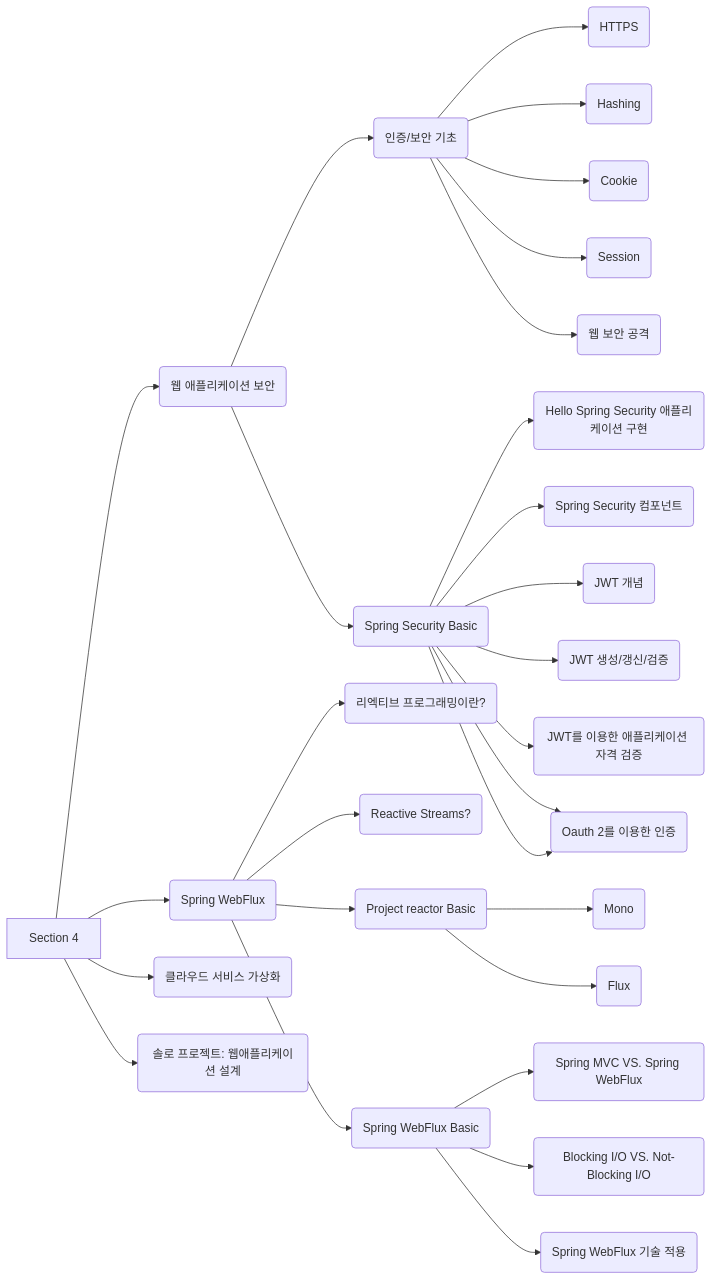
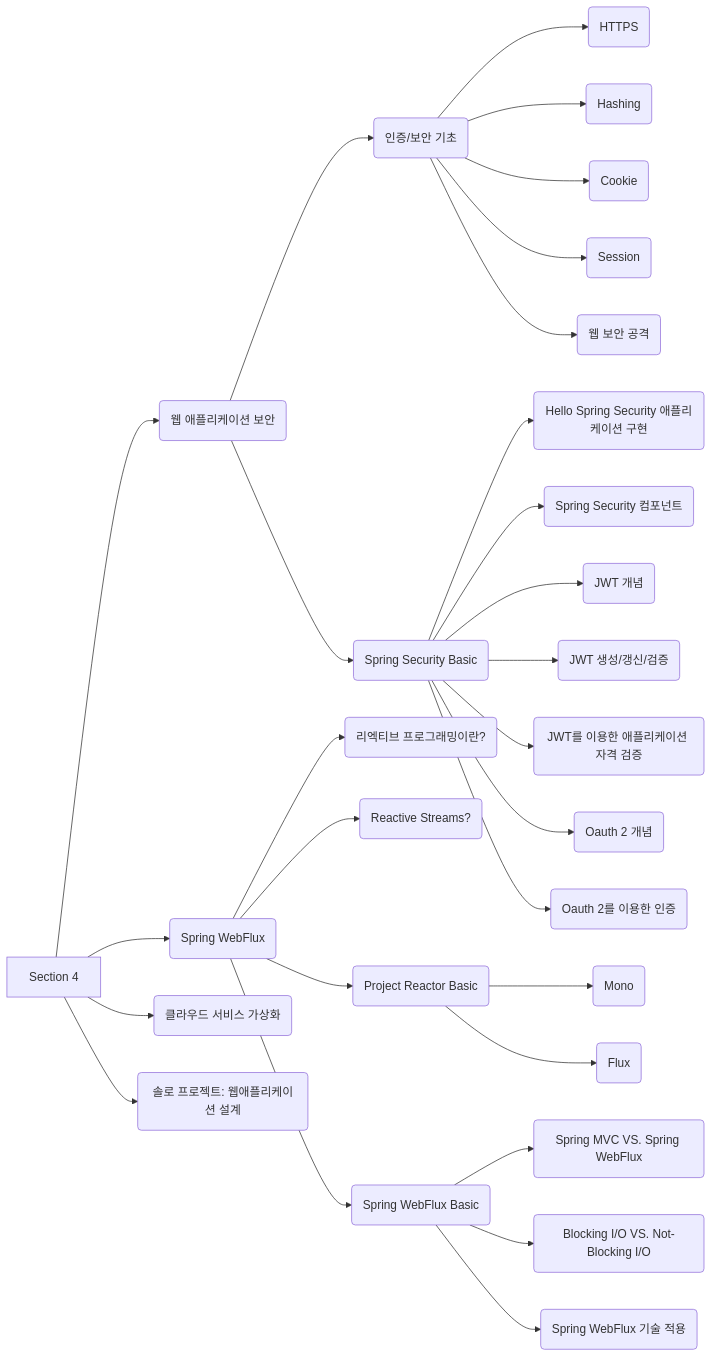
Before and after one commit to keumbi/keumbi.github.io: the diagram in _posts/2022-11-17-look-back-day61.md, drawn with Mermaid.

Commit message:
Modify TIL

````diff
--- a/_posts/2022-11-17-look-back-day61.md
+++ b/_posts/2022-11-17-look-back-day61.md
@@ -87,25 +87,25 @@
 ```mermaid
 graph LR
 A[Section 4] --> B(웹 애플리케이션 보안)
 B --> B1(인증/보안 기초) --> B11(HTTPS)
 B1 --> B12(Hashing)
 B1 --> B13(Cookie)
 B1 --> B14(Session)
 B1 --> B15(웹 보안 공격)
 B --> B2(Spring Security Basic) --> B21(Hello Spring Security 애플리케이션 구현)
 B2 --> B23(Spring Security 컴포넌트)
 B2 --> B24(JWT 개념)
 B2 --> B25(JWT 생성/갱신/검증)
 B2 --> B26(JWT를 이용한 애플리케이션 자격 검증)
 B2 --> B27(Oauth 2 개념)
-B2 --> B27(Oauth 2를 이용한 인증)
+B2 --> B28(Oauth 2를 이용한 인증)
 A --> C(Spring WebFlux) --> C1(리엑티브 프로그래밍이란?)
 C --> C2(Reactive Streams?)
-C --> C3(Project reactor Basic) --> C31(Mono)
+C --> C3(Project Reactor Basic) --> C31(Mono)
 C3 --> C32(Flux)
 C --> C4(Spring WebFlux Basic) --> C41(Spring MVC VS. Spring WebFlux)
 C4 --> C42(Blocking I/O VS. Not-Blocking I/O)
 C4 --> C43(Spring WebFlux 기술 적용)
 A --> D(클라우드 서비스 가상화)
 A --> E(솔로 프로젝트: 웹애플리케이션 설계)
 ```
````
